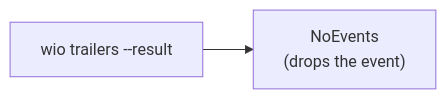
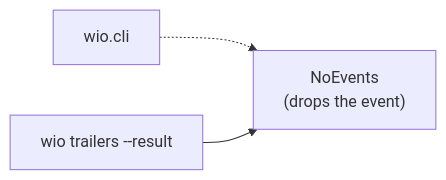
Before and after one commit to msitarz/wio: the first of 2 diagrams in .agents/wio/works/wio-log/record-events/README.md, drawn with Mermaid. The commit also changed other lines of this file, not shown here.

First line of the commit message:
docs(log): give the nested run its own criterion and order the steps in the diagram

````diff
--- a/.agents/wio/works/wio-log/record-events/README.md
+++ b/.agents/wio/works/wio-log/record-events/README.md
@@ -60,4 +54,5 @@
 ```mermaid
 flowchart LR
-    T["wio trailers --result"] --> N["NoEvents\n(drops the event)"]
+    CLI["wio.cli"] -.-> N["NoEvents\n(drops the event)"]
+    T["wio trailers --result"] --> N
 ```
````
